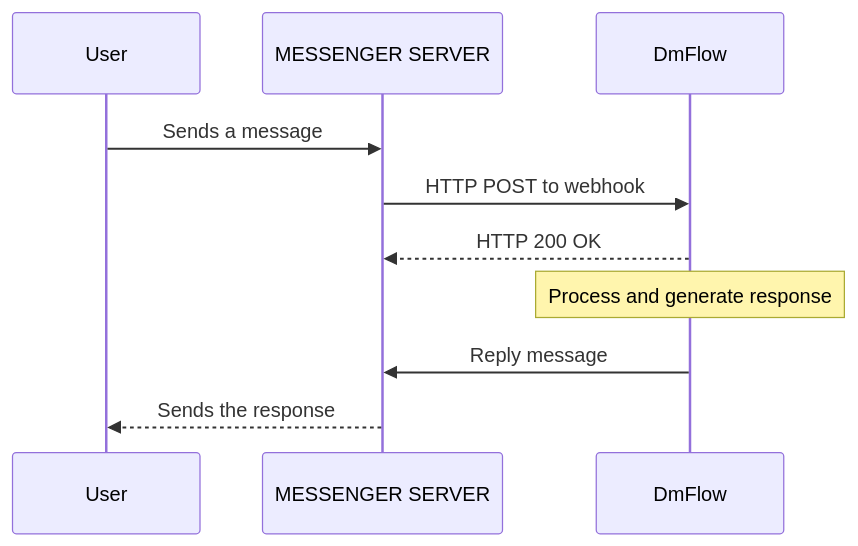
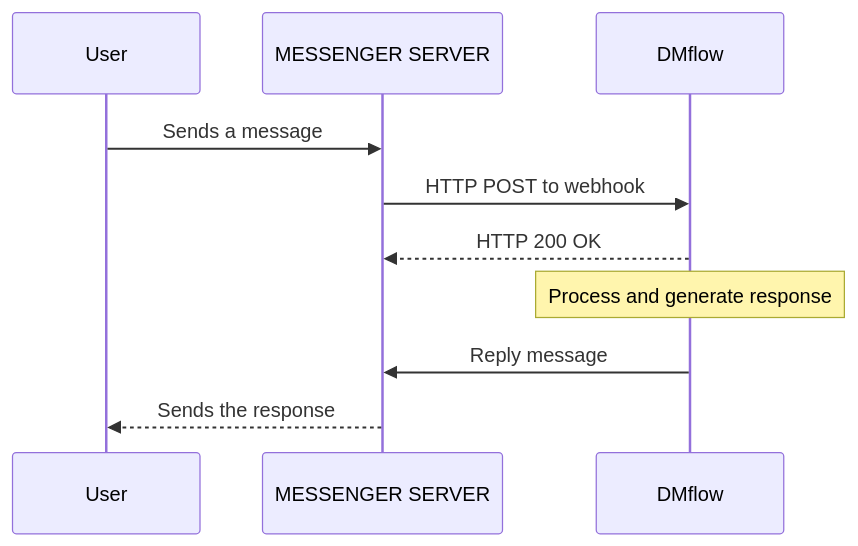
The diagram in lang/en/products/dmflow/tutorials/docs/fbmessenger.md (RaimundoLai/dmflow-docs), drawn with Mermaid before and after one commit. The commit also changed other lines of this file and 145 other files, not shown here.

````diff
--- a/lang/en/products/dmflow/tutorials/docs/fbmessenger.md
+++ b/lang/en/products/dmflow/tutorials/docs/fbmessenger.md
@@ -12,13 +12,13 @@
 ``` mermaid
 sequenceDiagram
     participant User
     participant MESSENGER SERVER
-    participant DmFlow
+    participant DMflow
 
     User->>MESSENGER SERVER: Sends a message
-    MESSENGER SERVER->>DmFlow: HTTP POST to webhook
-    DmFlow-->>MESSENGER SERVER: HTTP 200 OK
-    Note over DmFlow: Process and generate response
-    DmFlow->>MESSENGER SERVER: Reply message
+    MESSENGER SERVER->>DMflow: HTTP POST to webhook
+    DMflow-->>MESSENGER SERVER: HTTP 200 OK
+    Note over DMflow: Process and generate response
+    DMflow->>MESSENGER SERVER: Reply message
     MESSENGER SERVER-->>User: Sends the response
 ```
````
